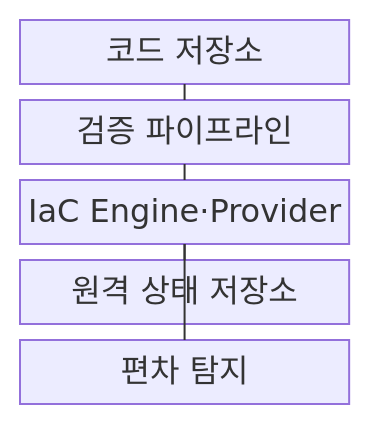
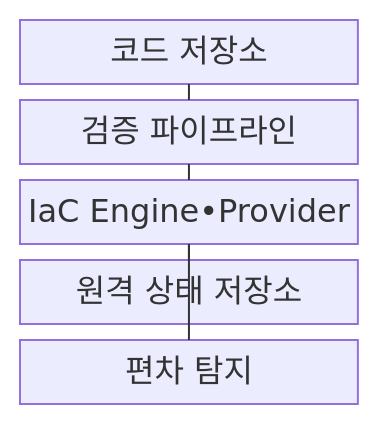
The first of 2 diagrams in src/content/docs/notes/03-software/182_infrastructure_as_code.md (agnusdei1207/knowledge-base), drawn with Mermaid before and after one commit. The commit also changed other lines of this file and 953 other files, not shown here.

````diff
--- a/src/content/docs/notes/03-software/182_infrastructure_as_code.md
+++ b/src/content/docs/notes/03-software/182_infrastructure_as_code.md
@@ -69,13 +69,13 @@
 ```mermaid
 block
     columns 1
     A["코드 저장소"]
     B["검증 파이프라인"]
-    C["IaC Engine·Provider"]
+    C["IaC Engine•Provider"]
     D["원격 상태 저장소"]
     E["편차 탐지"]
     A --- B
     B --- C
     C --- D
     C --- E
 ```
````
